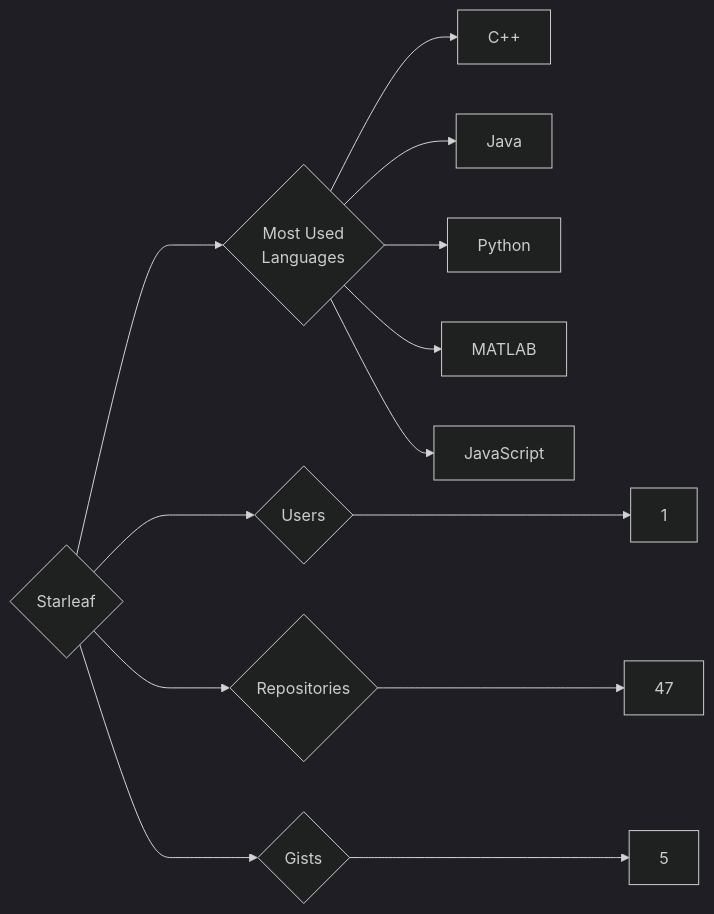
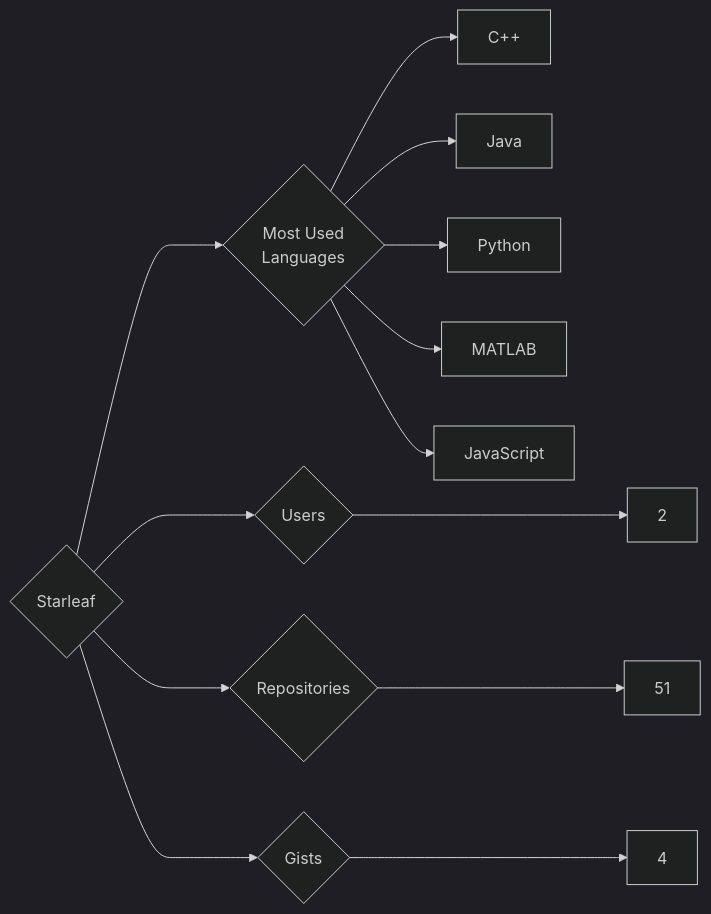
The diagram in targets/Starleaf/README.md (trickest/insiders), drawn with Mermaid (dark theme) before and after one commit. The commit also changed 799 other files, not shown here.

````diff
--- a/targets/Starleaf/README.md
+++ b/targets/Starleaf/README.md
@@ -3,13 +3,13 @@
 ```mermaid
 graph LR
 COMPANY_NAME{Starleaf}
-COMPANY_NAME ---> U{Users} ---> UN[1]
-COMPANY_NAME ---> R{Repositories} ---> RN[47]
-COMPANY_NAME ---> G{Gists} ---> GN[5]
+COMPANY_NAME ---> U{Users} ---> UN[2]
+COMPANY_NAME ---> R{Repositories} ---> RN[51]
+COMPANY_NAME ---> G{Gists} ---> GN[4]
 COMPANY_NAME ---> ML{Most Used<br>Languages}
 ML --> C++[C++]
 ML --> Java[Java]
 ML --> Python[Python]
 ML --> MATLAB[MATLAB]
 ML --> JavaScript[JavaScript]
 ```
````
